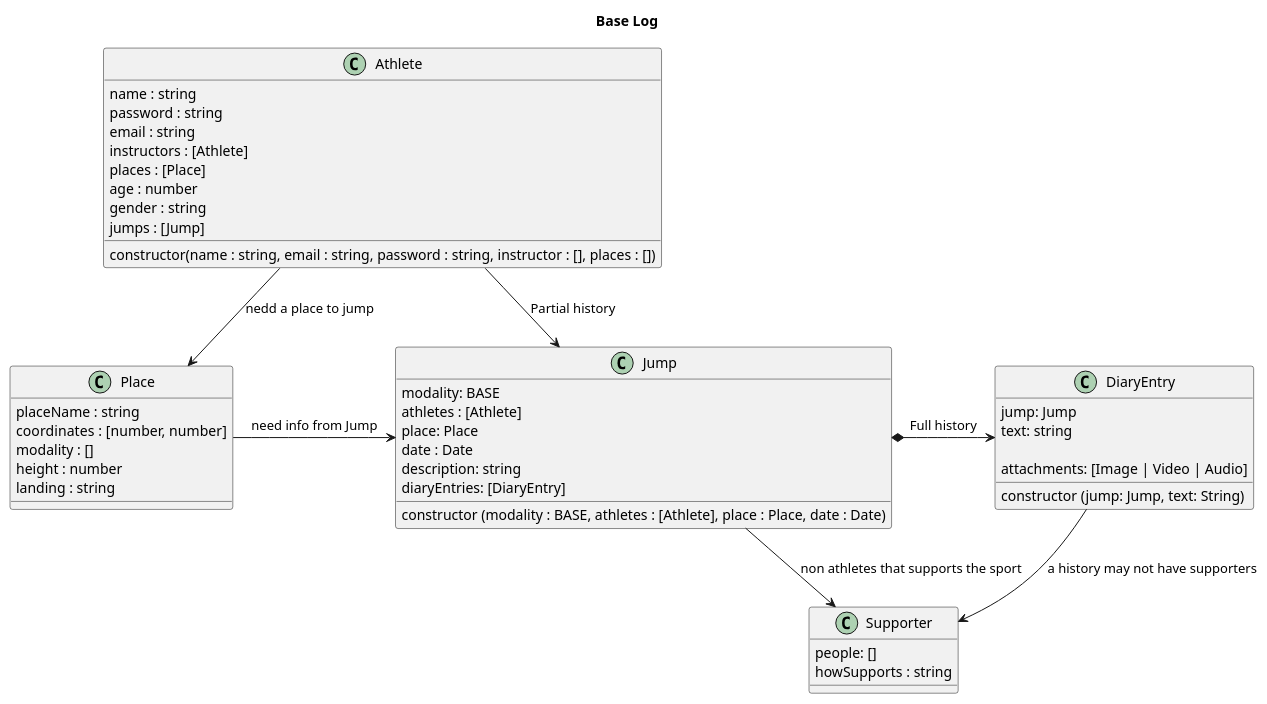
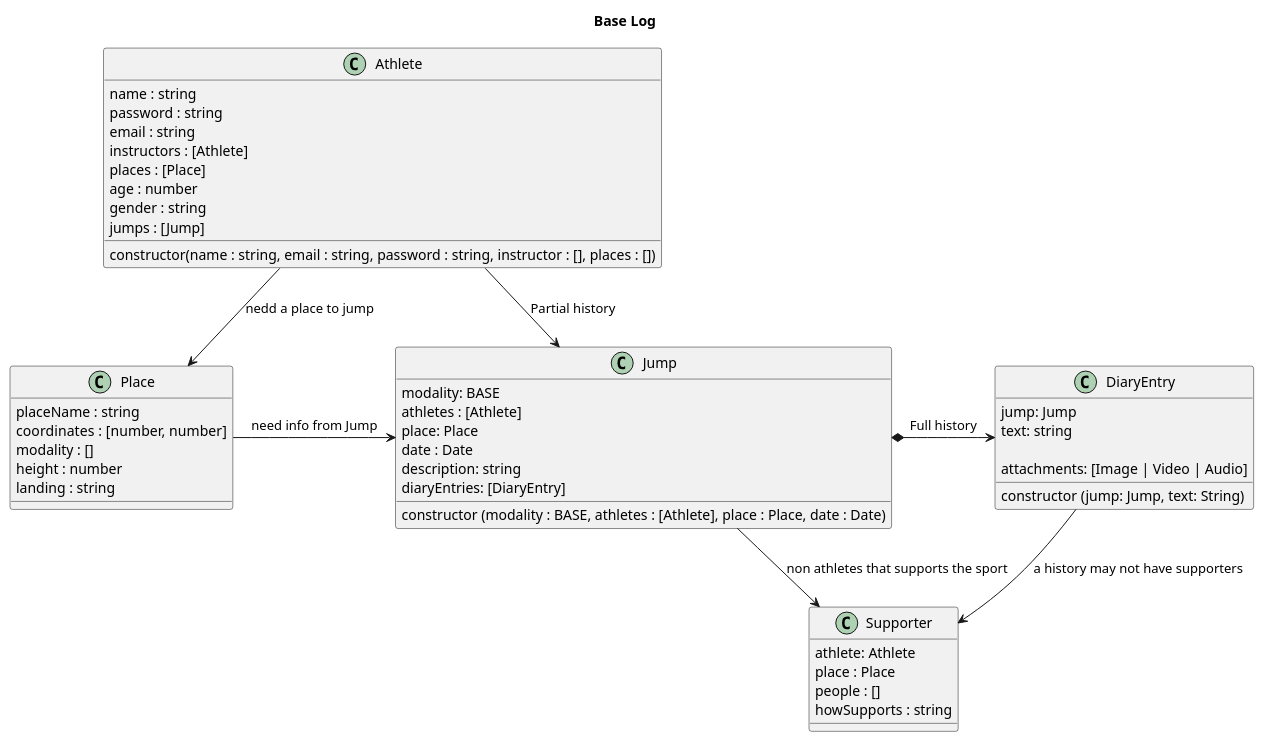
One commit to discombobulateme/webdoc changed the diagram in architecture/class.puml. Above: the diagram before and after it, drawn with PlantUML.

Commit message:
Change logic for Supporter class

```diff
--- a/architecture/class.puml
+++ b/architecture/class.puml
@@ -1,68 +1,71 @@
 @startuml Base Log
 Title Base Log
 
 class Athlete {
 name : string
 password : string
 email : string
 instructors : [Athlete]
 places : [Place]
 age : number
 gender : string
 jumps : [Jump]
 
 constructor(name : string, email : string, password : string, instructor : [], places : [])
 }
 
 class Jump {
 ' addJump(Jump)
 ' Verify: if that place exists
 ' Verify: if you are linked in date and place with a Jump
 modality: BASE
 athletes : [Athlete]
 place: Place
 date : Date
 ' this is a sinopse
 description: string
 diaryEntries: [DiaryEntry]
 
 constructor (modality : BASE, athletes : [Athlete], place : Place, date : Date)
 }
 
 class DiaryEntry {
 jump: Jump
 ' this is the full history text
 text: string
 
 attachments: [Image | Video | Audio]
 
 constructor (jump: Jump, text: String)
 }
 
 class Place {
 placeName : string
 coordinates : [number, number]
 modality : []
 height : number
 landing : string
 }
 
 'non Athletes that supports the sport
 class Supporter {
-people: []
+' a supporter can associate with a place or a person
+athlete: Athlete
+place : Place
+people : []
 howSupports : string
 }
 
 ' Head *- Hand : composition
 ' Parent o-- IndependentChild : agregation
 ' Need --> Use : association
 
 Athlete --> Place : nedd a place to jump
 Athlete -> Jump : Partial history
 
 Place -> Jump : need info from Jump
 Jump *-> DiaryEntry : Full history
 Jump --> Supporter : non athletes that supports the sport
 DiaryEntry --> Supporter : a history may not have supporters
 
 @enduml
```
